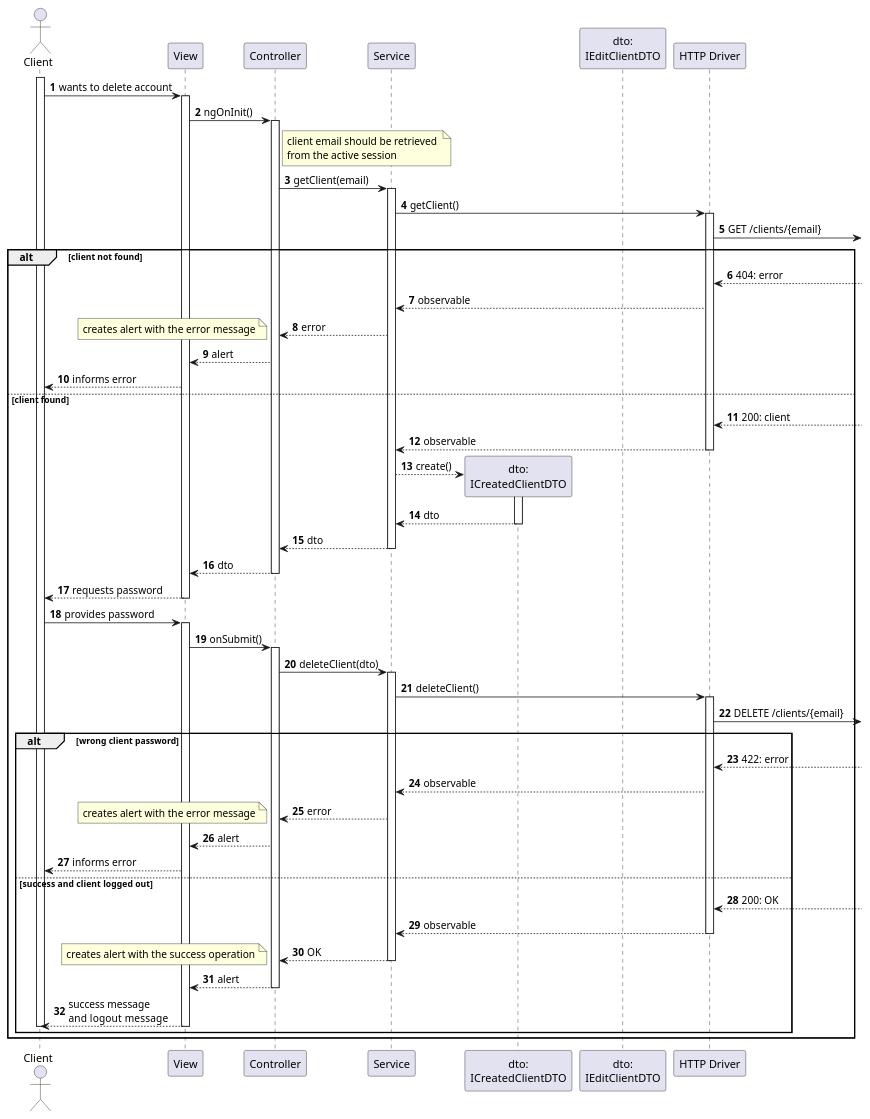
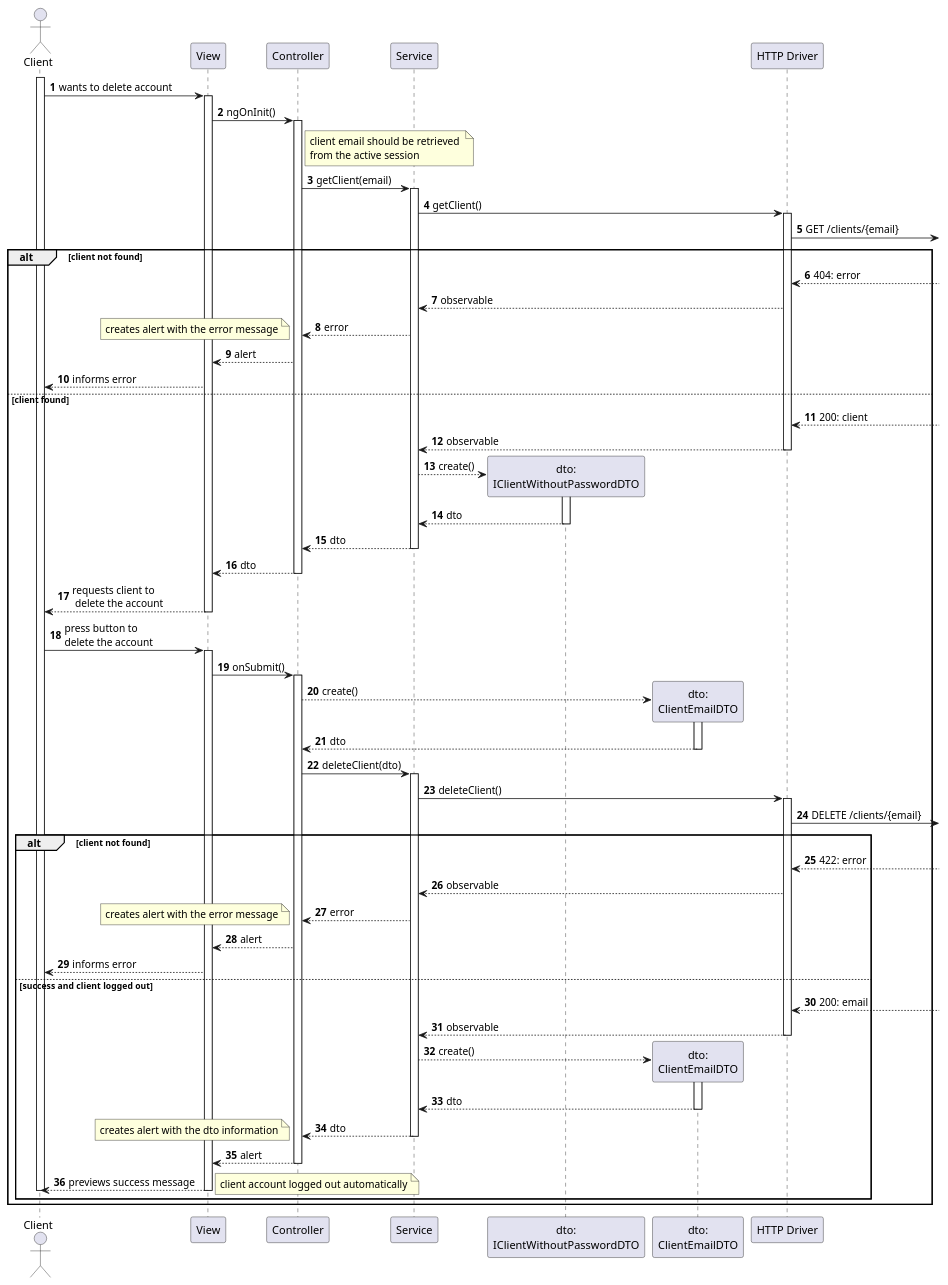
The diagram in docs/us120/level3/process-view-spa.puml (Departamento-de-Engenharia-Informatica/lapr5-23-24-g19), drawn with PlantUML before and after one commit. The commit also changed 7 other files, not shown here.

```diff
--- a/docs/us120/level3/process-view-spa.puml
+++ b/docs/us120/level3/process-view-spa.puml
@@ -1,88 +1,100 @@
 @startuml
 autonumber
 
 actor "Client" as usr
 
 participant "View" as view
 participant "Controller" as ctrl
 
 participant "Service" as svc
 
-participant "dto:\nICreatedClientDTO" as cp_dto
-participant "dto:\nIEditClientDTO" as ec_dto
+participant "dto:\nIClientWithoutPasswordDTO" as cp_dto
+participant "dto:\nClientEmailDTO" as ec_dto
 
 participant "HTTP Driver" as http
 
 activate usr
     usr -> view : wants to delete account
     activate view
         view -> ctrl : ngOnInit()
         activate ctrl
         note right of ctrl : client email should be retrieved \nfrom the active session
             ctrl -> svc : getClient(email)
             activate svc
                 svc -> http : getClient()
                 activate http
                     http ->] : GET /clients/{email}
 alt client not found
                     http <--] : 404: error
                     http --> svc : observable
                     svc --> ctrl : error
                     note left : creates alert with the error message
                     ctrl --> view : alert
                     view --> usr : informs error
 else client found
                     http <--] : 200: client
                     http --> svc : observable
                 deactivate http
                 svc --> cp_dto** : create()
                 activate cp_dto
                     cp_dto --> svc : dto
                 deactivate cp_dto
                 svc --> ctrl : dto
             deactivate svc
             ctrl --> view : dto
         deactivate ctrl
-        view --> usr : requests password
+        view --> usr : requests client to\n delete the account
     deactivate view
 
-    usr -> view : provides password
+    usr -> view : press button to \ndelete the account
     activate view
         view -> ctrl : onSubmit()
         activate ctrl
 
+        ctrl --> ec_dto ** : create()
+        activate ec_dto
+            ec_dto --> ctrl : dto
+        deactivate ec_dto
 
             ctrl -> svc : deleteClient(dto)
             activate svc
                 svc -> http : deleteClient()
                 activate http
                     http ->] : DELETE /clients/{email}
-alt wrong client password
+alt client not found
                     http <--] : 422: error
                     http --> svc : observable
                     svc --> ctrl : error
                     note left : creates alert with the error message
                     ctrl --> view : alert
                     view --> usr : informs error
 else success and  client logged out
-                    http <--] : 200: OK
+                    http <--] : 200: email
                     http --> svc : observable
-                deactivate http
+               deactivate http
 
-                svc --> ctrl : OK
+                    svc --> ec_dto ** : create()
+                    activate ec_dto
+                        ec_dto --> svc : dto
+                    deactivate ec_dto
+
+
+                svc --> ctrl : dto
             deactivate svc
-            note left : creates alert with the success operation
+            note left : creates alert with the dto information
             ctrl --> view : alert
+
 
         deactivate ctrl
 
-        view --> usr : success message \nand  logout message
+        view --> usr : previews success message
+        note right : client account logged out automatically
     deactivate view
 
 
 
 
 deactivate usr
 end
 end
 @enduml
```
